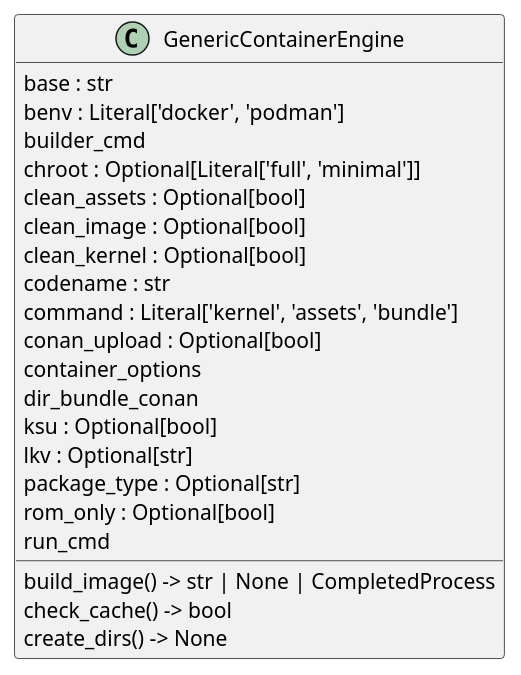
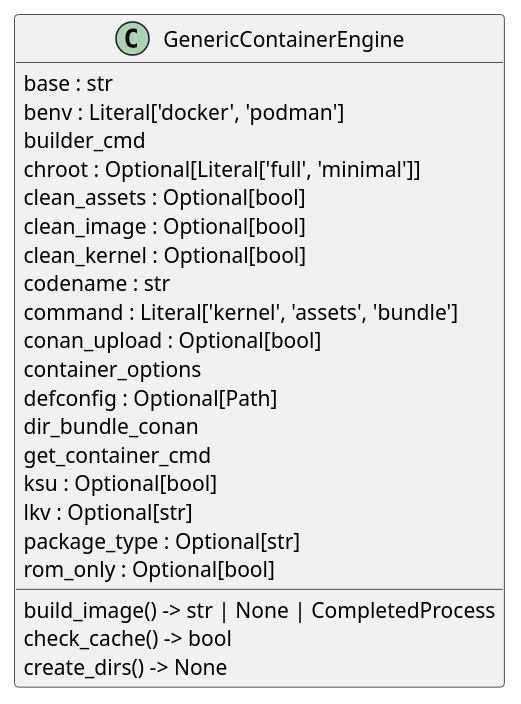
One commit to seppzer0/zero_kernel changed the diagram in docs/architecture/engines/classes.puml. Above: the diagram before and after it, drawn with PlantUML. The commit also changed 45 other files, not shown here.

```diff
--- a/docs/architecture/engines/classes.puml
+++ b/docs/architecture/engines/classes.puml
@@ -1,25 +1,26 @@
 @startuml classes
 set namespaceSeparator none
 class "GenericContainerEngine" as engines.generic_container.GenericContainerEngine {
   base : str
   benv : Literal['docker', 'podman']
   builder_cmd
   chroot : Optional[Literal['full', 'minimal']]
   clean_assets : Optional[bool]
   clean_image : Optional[bool]
   clean_kernel : Optional[bool]
   codename : str
   command : Literal['kernel', 'assets', 'bundle']
   conan_upload : Optional[bool]
   container_options
+  defconfig : Optional[Path]
   dir_bundle_conan
+  get_container_cmd
   ksu : Optional[bool]
   lkv : Optional[str]
   package_type : Optional[str]
   rom_only : Optional[bool]
-  run_cmd
   build_image() -> str | None | CompletedProcess
   check_cache() -> bool
   create_dirs() -> None
 }
 @enduml
```
